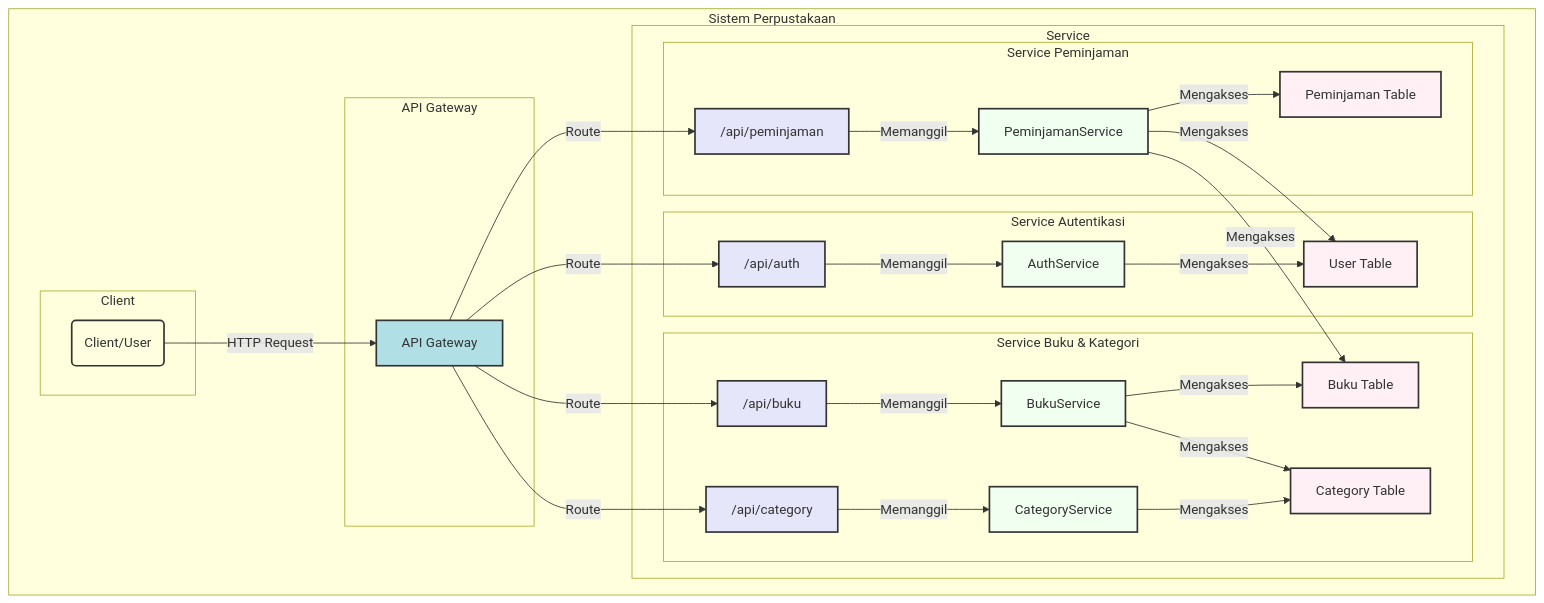
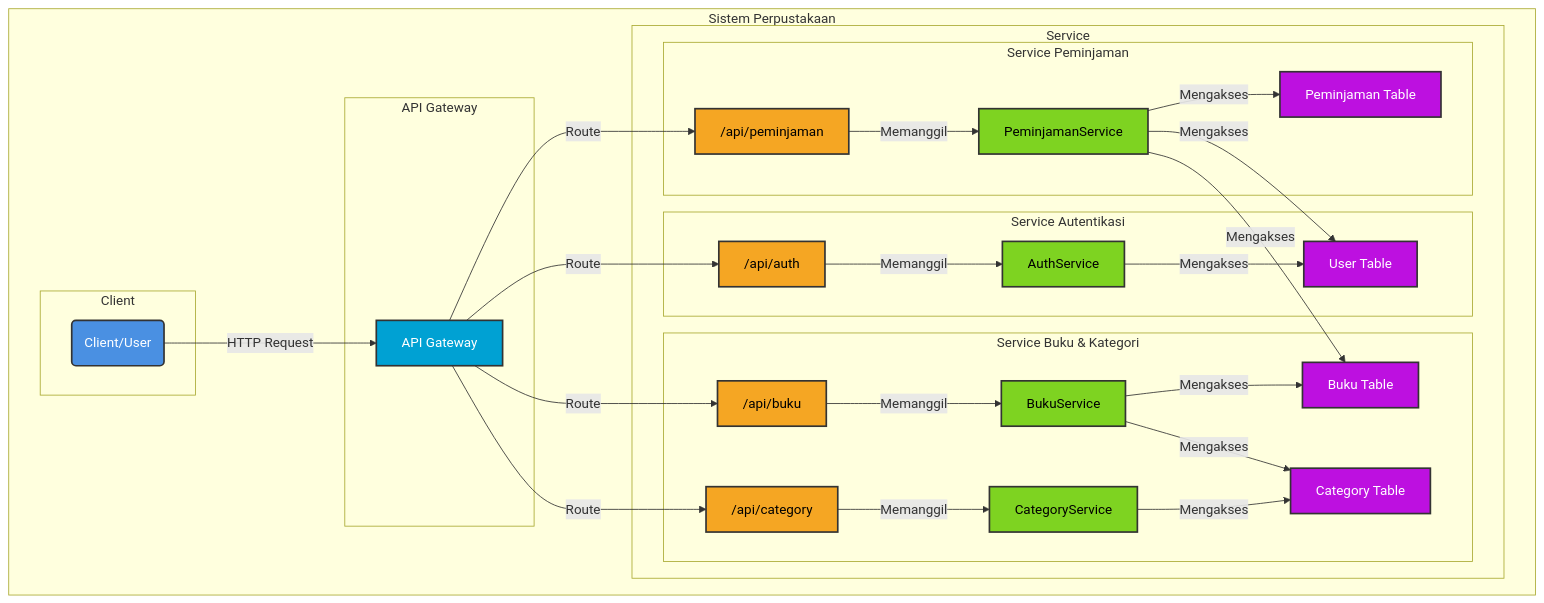
One commit to Arss011/library-management-system changed the second of 2 diagrams in README.md. Above: the diagram before and after it, drawn with Mermaid.

Commit message:
docs: menambahkan dokumentasi project library management system di README

````diff
--- a/README.md
+++ b/README.md
@@ -42,73 +42,73 @@
 ```mermaid
 graph TD
     subgraph "Sistem Perpustakaan"
         subgraph "Client"
             C(Client/User)
         end
 
         subgraph "API Gateway"
             API[API Gateway]
         end
 
         subgraph "Service"
             subgraph "Service Autentikasi"
                 AuthController["/api/auth"]
                 AuthService[AuthService]
                 UserDB[User Table]
             end
 
             subgraph "Service Buku & Kategori"
                 BukuController["/api/buku"]
                 CategoryController["/api/category"]
                 BukuService[BukuService]
                 CategoryService[CategoryService]
                 BukuDB[Buku Table]
                 CategoryDB[Category Table]
             end
 
             subgraph "Service Peminjaman"
                 PeminjamanController["/api/peminjaman"]
                 PeminjamanService[PeminjamanService]
                 PeminjamanDB[Peminjaman Table]
             end
         end
     end
 
     %% Hubungan
     C -- "HTTP Request" --> API
     API -- "Route" --> AuthController
     API -- "Route" --> BukuController
     API -- "Route" --> CategoryController
     API -- "Route" --> PeminjamanController
 
     AuthController -- "Memanggil" --> AuthService
     AuthService -- "Mengakses" --> UserDB
 
     BukuController -- "Memanggil" --> BukuService
     BukuService -- "Mengakses" --> BukuDB
     BukuService -- "Mengakses" --> CategoryDB
 
     CategoryController -- "Memanggil" --> CategoryService
     CategoryService -- "Mengakses" --> CategoryDB
 
     PeminjamanController -- "Memanggil" --> PeminjamanService
     PeminjamanService -- "Mengakses" --> PeminjamanDB
     PeminjamanService -- "Mengakses" --> BukuDB
     PeminjamanService -- "Mengakses" --> UserDB
 
     %% Styling untuk visual yang lebih jelas
-    style C fill:#FFFFE0,stroke:#333,stroke-width:2px
-    style API fill:#B0E0E6,stroke:#333,stroke-width:2px
-    style AuthController fill:#E6E6FA,stroke:#333,stroke-width:2px
-    style BukuController fill:#E6E6FA,stroke:#333,stroke-width:2px
-    style CategoryController fill:#E6E6FA,stroke:#333,stroke-width:2px
-    style PeminjamanController fill:#E6E6FA,stroke:#333,stroke-width:2px
-    style AuthService fill:#F0FFF0,stroke:#333,stroke-width:2px
-    style BukuService fill:#F0FFF0,stroke:#333,stroke-width:2px
-    style CategoryService fill:#F0FFF0,stroke:#333,stroke-width:2px
-    style PeminjamanService fill:#F0FFF0,stroke:#333,stroke-width:2px
-    style UserDB fill:#FFF0F5,stroke:#333,stroke-width:2px
-    style BukuDB fill:#FFF0F5,stroke:#333,stroke-width:2px
-    style CategoryDB fill:#FFF0F5,stroke:#333,stroke-width:2px
-    style PeminjamanDB fill:#FFF0F5,stroke:#333,stroke-width:2px
+    style C fill:#4A90E2,stroke:#333,stroke-width:2px,color:#fff
+    style API fill:#00A1D3,stroke:#333,stroke-width:2px,color:#fff
+    style AuthController fill:#F5A623,stroke:#333,stroke-width:2px,color:#000
+    style BukuController fill:#F5A623,stroke:#333,stroke-width:2px,color:#000
+    style CategoryController fill:#F5A623,stroke:#333,stroke-width:2px,color:#000
+    style PeminjamanController fill:#F5A623,stroke:#333,stroke-width:2px,color:#000
+    style AuthService fill:#7ED321,stroke:#333,stroke-width:2px,color:#000
+    style BukuService fill:#7ED321,stroke:#333,stroke-width:2px,color:#000
+    style CategoryService fill:#7ED321,stroke:#333,stroke-width:2px,color:#000
+    style PeminjamanService fill:#7ED321,stroke:#333,stroke-width:2px,color:#000
+    style UserDB fill:#BD10E0,stroke:#333,stroke-width:2px,color:#fff
+    style BukuDB fill:#BD10E0,stroke:#333,stroke-width:2px,color:#fff
+    style CategoryDB fill:#BD10E0,stroke:#333,stroke-width:2px,color:#fff
+    style PeminjamanDB fill:#BD10E0,stroke:#333,stroke-width:2px,color:#fff
 ```
````
